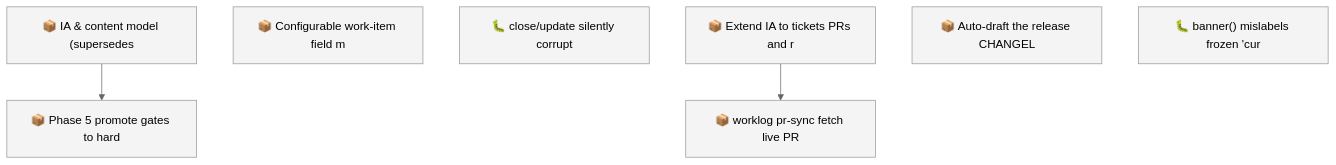
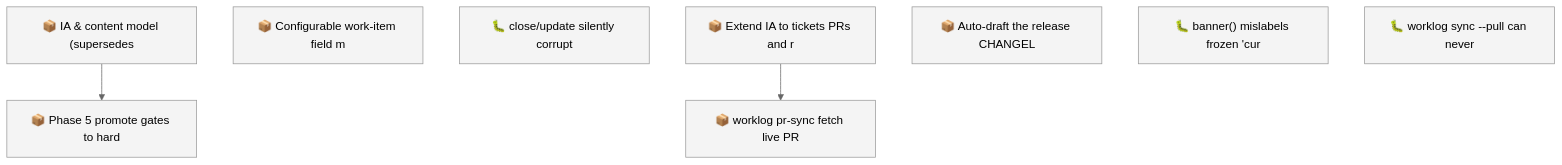
The first of 2 diagrams in docs/roadmap.md (SpillwaveSolutions/wiki_ticket_sdd), drawn with Mermaid (neutral theme) before and after one commit. The commit also changed other lines of this file and 1 other file, not shown here.

First line of the commit message:
chore(worklog): file worklog-sync pull-cursor bootstrap bug

````diff
--- a/docs/roadmap.md
+++ b/docs/roadmap.md
@@ -62,15 +63,16 @@
 ```mermaid
 graph TD
     01KY5G9ZW0H2YMNWDFJYGRPYE5["📦 IA & content model (supersedes"]
     01KY5G9ZW0RABXWHEMEP1FAV2G["📦 Phase 5 promote gates to hard"]
     01KY5NE0ZYGBWG44N0KPEBFCZ8["📦 Configurable work-item field m"]
     01KYA99TVCGX79HFNHN1DVT7Y6["🐛 close/update silently corrupt"]
     01KYABYEQP8ANXGYPBCV2T20D8["📦 Extend IA to tickets PRs and r"]
     01KYAC0AC01R4C6W7YY1X8NVRV["📦 Auto-draft the release CHANGEL"]
     01KYACFJA0SQSF4C83BJZXB5MY["🐛 banner() mislabels frozen 'cur"]
     01KYADGT9Q48EKJZVQQSH4HXWZ["📦 worklog pr-sync fetch live PR"]
+    01KYAGZ8KK46SQF1MKHAHVCTJV["🐛 worklog sync --pull can never"]
     01KY5G9ZW0H2YMNWDFJYGRPYE5 --> 01KY5G9ZW0RABXWHEMEP1FAV2G
     01KYABYEQP8ANXGYPBCV2T20D8 --> 01KYADGT9Q48EKJZVQQSH4HXWZ
     classDef todo fill:#f4f4f4,stroke:#999999
-    class 01KY5G9ZW0H2YMNWDFJYGRPYE5,01KY5G9ZW0RABXWHEMEP1FAV2G,01KY5NE0ZYGBWG44N0KPEBFCZ8,01KYA99TVCGX79HFNHN1DVT7Y6,01KYABYEQP8ANXGYPBCV2T20D8,01KYAC0AC01R4C6W7YY1X8NVRV,01KYACFJA0SQSF4C83BJZXB5MY,01KYADGT9Q48EKJZVQQSH4HXWZ todo
+    class 01KY5G9ZW0H2YMNWDFJYGRPYE5,01KY5G9ZW0RABXWHEMEP1FAV2G,01KY5NE0ZYGBWG44N0KPEBFCZ8,01KYA99TVCGX79HFNHN1DVT7Y6,01KYABYEQP8ANXGYPBCV2T20D8,01KYAC0AC01R4C6W7YY1X8NVRV,01KYACFJA0SQSF4C83BJZXB5MY,01KYADGT9Q48EKJZVQQSH4HXWZ,01KYAGZ8KK46SQF1MKHAHVCTJV todo
 ```
````
